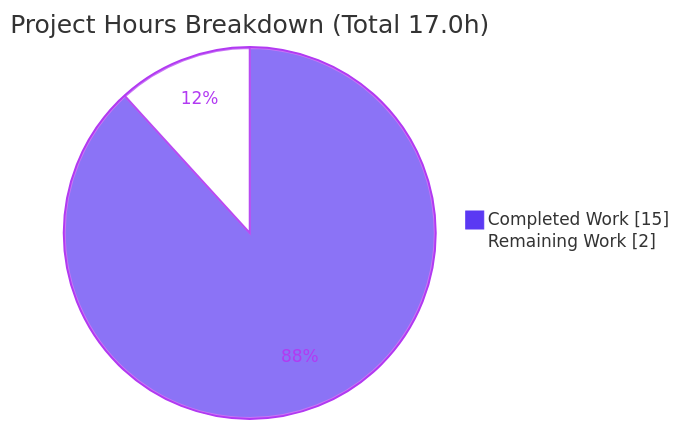
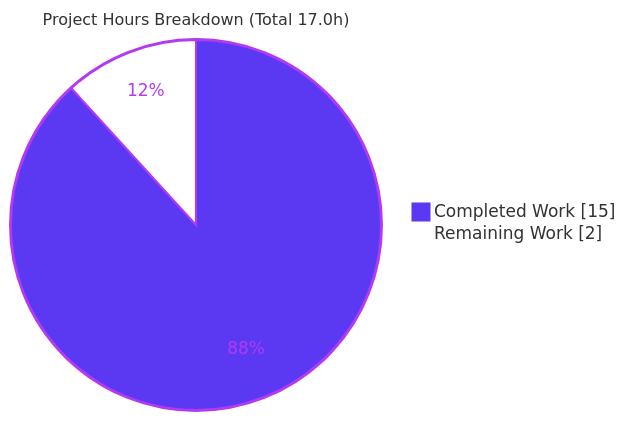
Before and after one commit to lakshya-blitzy/march_repo_hello_world: the second of 3 diagrams in blitzy/documentation/Project Guide.md, drawn with Mermaid. The commit also changed other lines of this file, not shown here.

````diff
--- a/blitzy/documentation/Project Guide.md
+++ b/blitzy/documentation/Project Guide.md
@@ -183,7 +196,7 @@
 ```mermaid
-%%{init: {"theme":"base","themeVariables":{"pie1":"#5B39F3","pie2":"#FFFFFF","pieStrokeColor":"#B23AF2","pieOuterStrokeColor":"#B23AF2","pieStrokeWidth":"2px","pieSectionTextColor":"#B23AF2"}}}%%
+%%{init: {"theme":"base","themeVariables":{"pie1":"#5B39F3","pie2":"#FFFFFF","pieStrokeColor":"#B23AF2","pieOuterStrokeColor":"#B23AF2","pieStrokeWidth":"2px","pieTitleTextSize":"16px","pieSectionTextColor":"#B23AF2","pieOpacity":"1"}}}%%
 pie showData
     title Project Hours Breakdown (Total 17.0h)
     "Completed Work" : 15
     "Remaining Work" : 2
 ```
````
